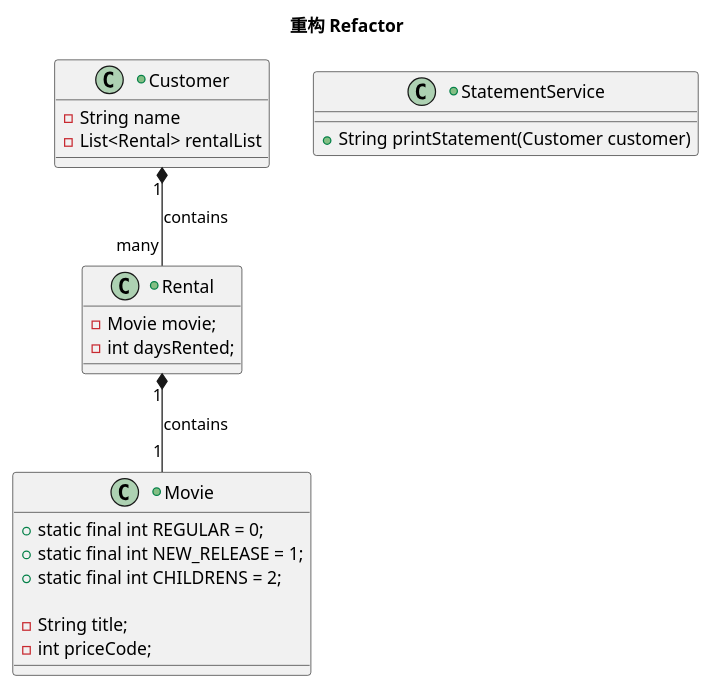
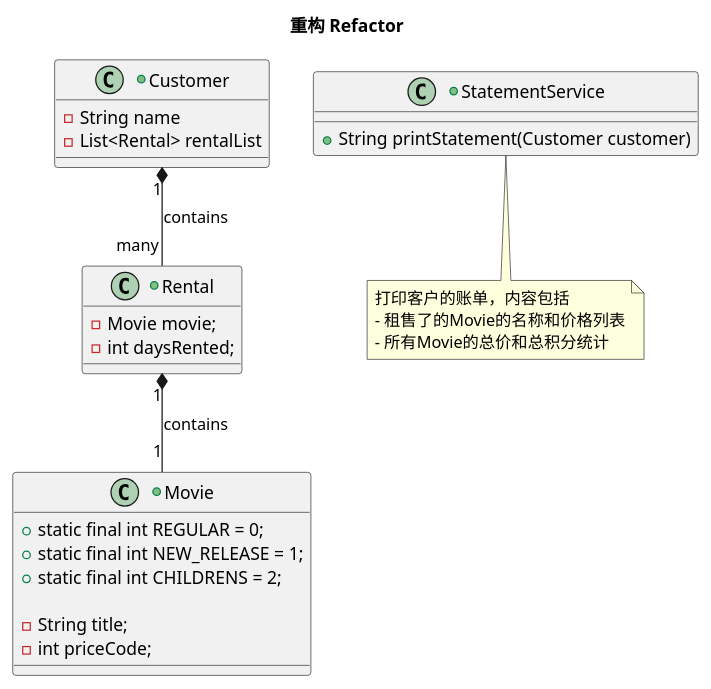
One commit to abigail830/refactor-demo changed the diagram in intro.plantuml. Above: the diagram before and after it, drawn with PlantUML.

```diff
--- a/intro.plantuml
+++ b/intro.plantuml
@@ -1,32 +1,37 @@
 @startuml
 
 title 重构 Refactor
 
 +Class Customer {
  -String name
  -List<Rental> rentalList
 }
 
 +Class Movie{
     +static final int REGULAR = 0;
     +static final int NEW_RELEASE = 1;
     +static final int CHILDRENS = 2;
 
     -String title;
     -int priceCode;
 }
 
 +Class Rental{
     -Movie movie;
     -int daysRented;
 }
 
 Customer "1" *-- "many" Rental : contains
 Rental "1" *-- "1" Movie : contains
 
 +Class StatementService{
  +String printStatement(Customer customer)
 }
+note bottom
+打印客户的账单，内容包括
+- 租售了的Movie的名称和价格列表
+- 所有Movie的总价和总积分统计
+end note
 
 
 @enduml
```
